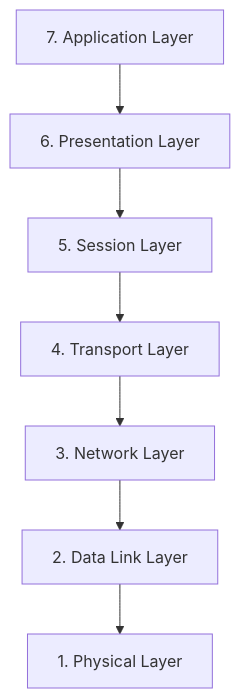
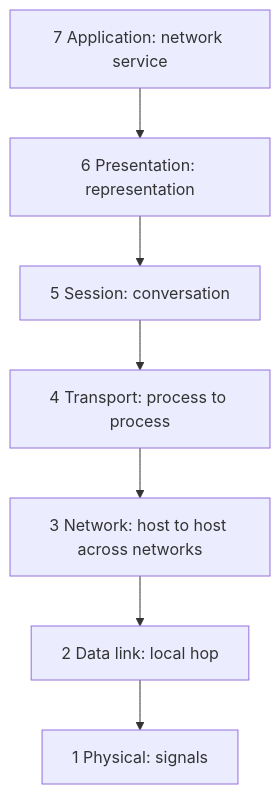
The second of 11 diagrams in computer-network/02-network-models/network-models.md (vanshbaranwal/backend-projects), drawn with Mermaid before and after one commit. The commit also changed other lines of this file and 2 other files, not shown here.

Commit message:
docs(networking): refine notes, analogies, and diagrams

````diff
--- a/computer-network/02-network-models/network-models.md
+++ b/computer-network/02-network-models/network-models.md
@@ -62,11 +71,11 @@
 ```mermaid
 flowchart TB
-    L7[7. Application Layer]
-    L6[6. Presentation Layer]
-    L5[5. Session Layer]
-    L4[4. Transport Layer]
-    L3[3. Network Layer]
-    L2[2. Data Link Layer]
-    L1[1. Physical Layer]
+    L7[7 Application: network service]
+    L6[6 Presentation: representation]
+    L5[5 Session: conversation]
+    L4[4 Transport: process to process]
+    L3[3 Network: host to host across networks]
+    L2[2 Data link: local hop]
+    L1[1 Physical: signals]
     L7 --> L6 --> L5 --> L4 --> L3 --> L2 --> L1
 ```
````
